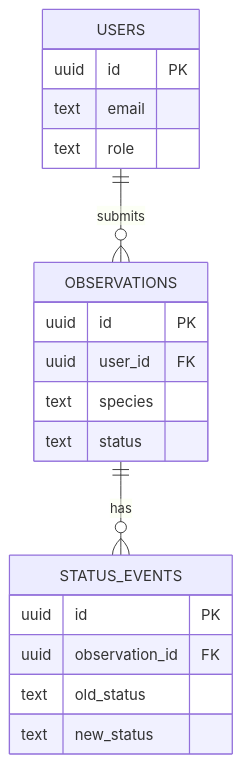
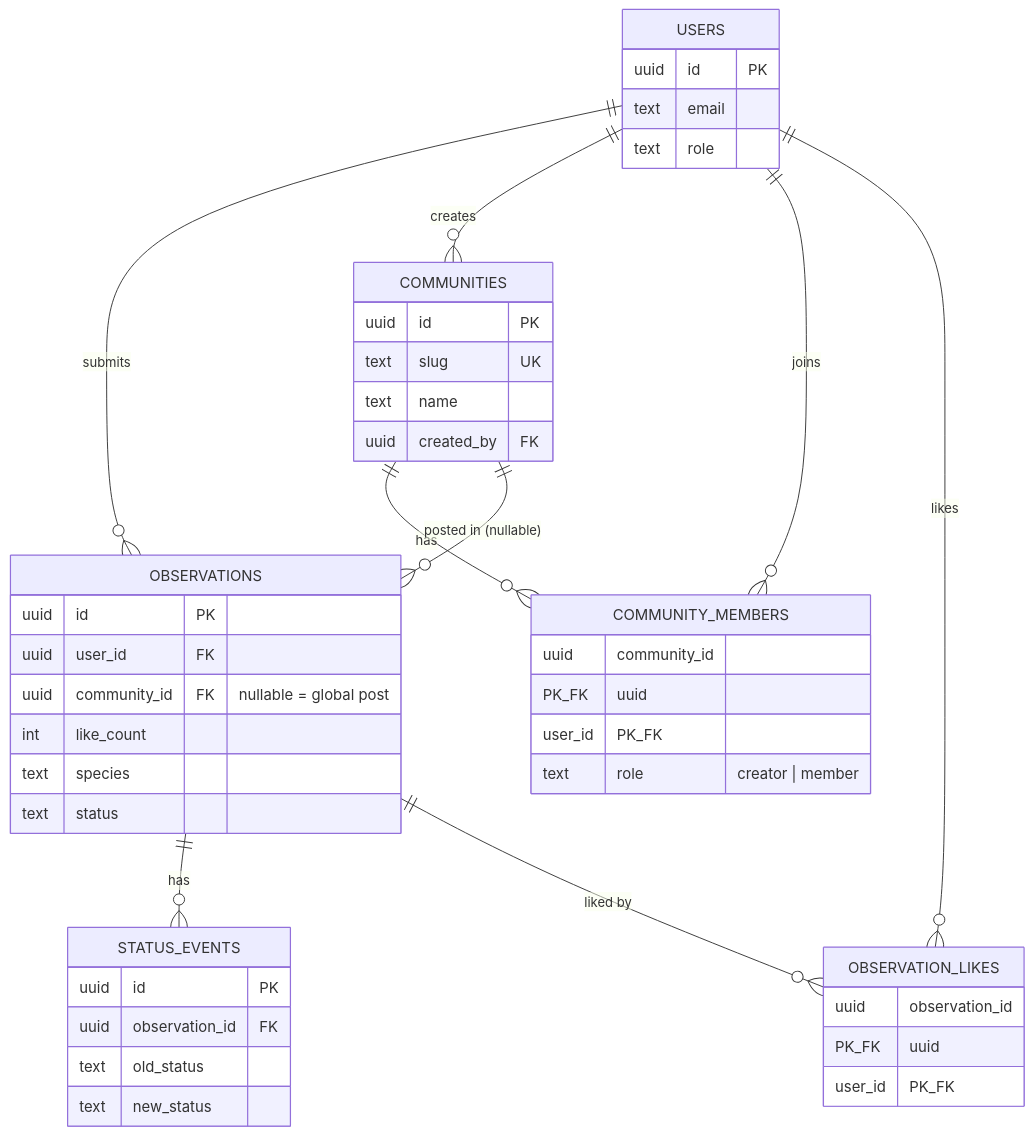
One commit to Abhijay-Nagal/JeevSetu changed the diagram in docs/map.md. Above: the diagram before and after it, drawn with Mermaid. The commit also changed other lines of this file and 1 other file, not shown here.

Commit message:
docs: document communities/posts/likes feature

````diff
--- a/docs/map.md
+++ b/docs/map.md
@@ -22,23 +39,46 @@
 ```mermaid
 erDiagram
     USERS ||--o{ OBSERVATIONS : submits
+    USERS ||--o{ COMMUNITIES : creates
+    USERS ||--o{ COMMUNITY_MEMBERS : joins
+    USERS ||--o{ OBSERVATION_LIKES : likes
     OBSERVATIONS ||--o{ STATUS_EVENTS : has
+    OBSERVATIONS ||--o{ OBSERVATION_LIKES : "liked by"
+    COMMUNITIES ||--o{ COMMUNITY_MEMBERS : has
+    COMMUNITIES ||--o{ OBSERVATIONS : "posted in (nullable)"
 
     USERS {
         uuid id PK
         text email
         text role
     }
     OBSERVATIONS {
         uuid id PK
         uuid user_id FK
+        uuid community_id FK "nullable = global post"
+        int like_count
         text species
         text status
     }
     STATUS_EVENTS {
         uuid id PK
         uuid observation_id FK
         text old_status
         text new_status
     }
+    COMMUNITIES {
+        uuid id PK
+        text slug UK
+        text name
+        uuid created_by FK
+    }
+    COMMUNITY_MEMBERS {
+        uuid community_id PK_FK
+        uuid user_id PK_FK
+        text role "creator | member"
+    }
+    OBSERVATION_LIKES {
+        uuid observation_id PK_FK
+        uuid user_id PK_FK
+    }
 ```
````
